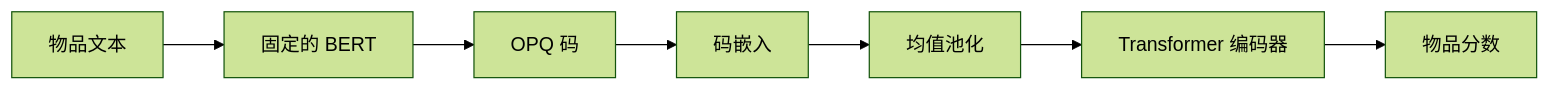
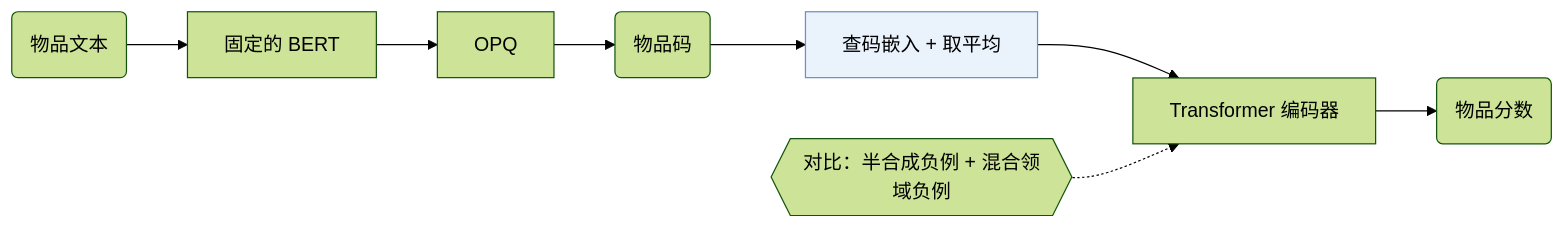
The first of 2 diagrams in notes/zh/vq-rec.md (Galaxy-ghost/Awesome-SID-Generative-Rec), drawn with Mermaid (forest theme) before and after one commit. The commit also changed other lines of this file and 521 other files, not shown here.

Commit message:
writer-04 part 3: algorithm diagrams with shared shape conventions, README hero and paper cards, archive removed

````diff
--- a/notes/zh/vq-rec.md
+++ b/notes/zh/vq-rec.md
@@ -7,9 +7,11 @@
 ```mermaid
 flowchart LR
-    A[物品文本] --> B[固定的 BERT]
-    B --> C[OPQ 码]
-    C --> D[码嵌入]
-    D --> E[均值池化]
-    E --> F[Transformer 编码器]
-    F --> G[物品分数]
+    A("物品文本") --> B["固定的 BERT"]
+    B --> C["OPQ"]
+    C --> D("物品码")
+    D --> E["查码嵌入 + 取平均"]:::key
+    E --> F["Transformer 编码器"]
+    L1{{"对比：半合成负例 + 混合领域负例"}} -.-> F
+    F --> G("物品分数")
+    classDef key fill:#eaf2fb,stroke:#6b8fc7
 ```
````
